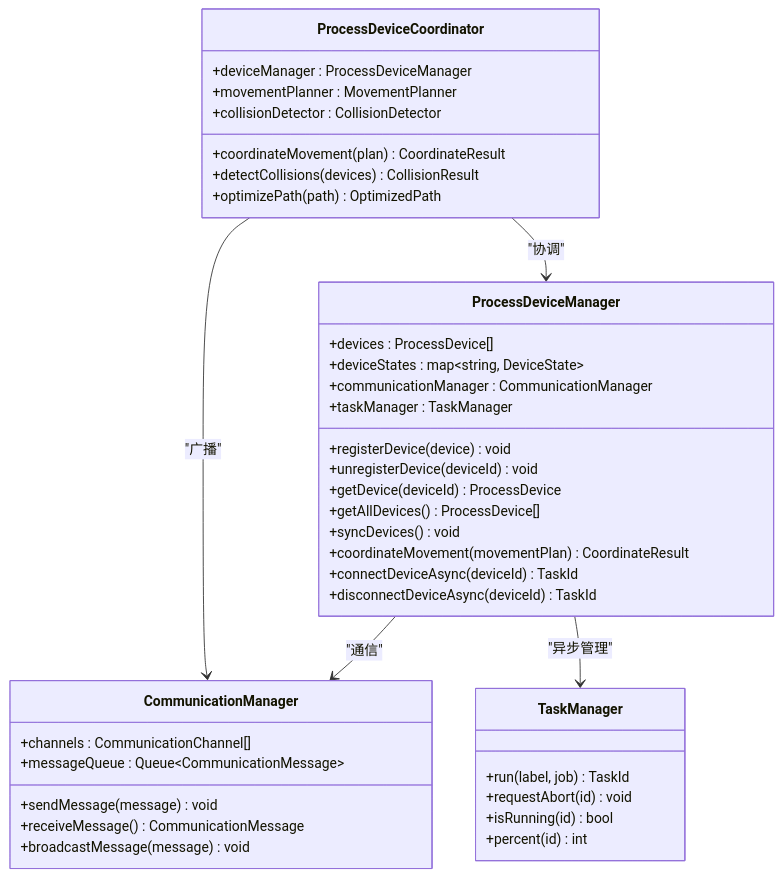
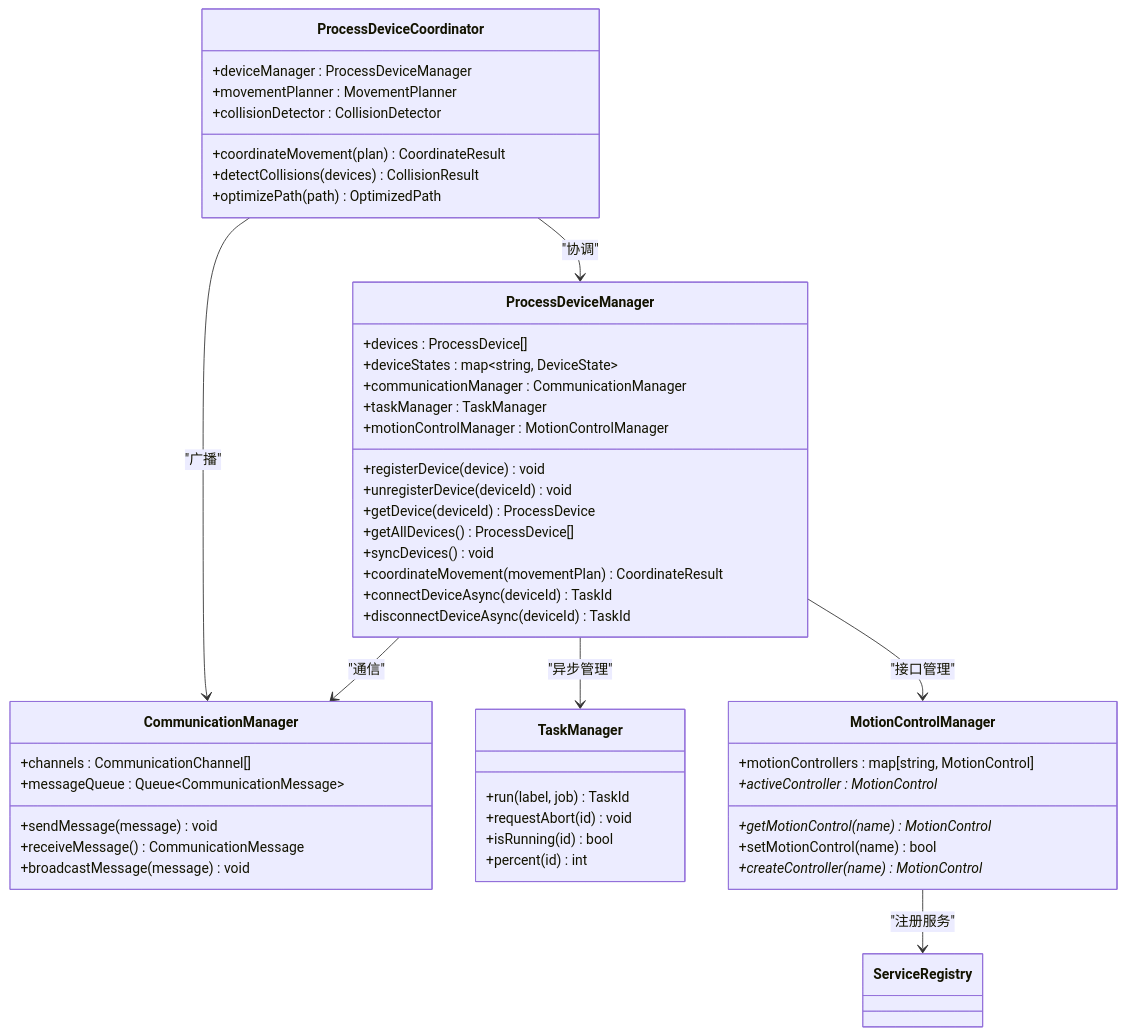
One commit to super1wang/LaserCNCv1.0 changed the eighth of 26 diagrams in .qoder/repowiki/zh/content/项目概述/模块设计/Process模块设计/Process模块服务管理架构改进.md. Above: the diagram before and after it, drawn with Mermaid. The commit also changed other lines of this file and 25 other files, not shown here.

````diff
--- a/.qoder/repowiki/zh/content/项目概述/模块设计/Process模块设计/Process模块服务管理架构改进.md
+++ b/.qoder/repowiki/zh/content/项目概述/模块设计/Process模块设计/Process模块服务管理架构改进.md
@@ -503,42 +570,52 @@
 ```mermaid
 classDiagram
 class ProcessDeviceManager {
 +devices : ProcessDevice[]
 +deviceStates : map~string, DeviceState~
 +communicationManager : CommunicationManager
 +taskManager : TaskManager
++motionControlManager : MotionControlManager
 +registerDevice(device) void
 +unregisterDevice(deviceId) void
 +getDevice(deviceId) ProcessDevice
 +getAllDevices() ProcessDevice[]
 +syncDevices() void
 +coordinateMovement(movementPlan) CoordinateResult
 +connectDeviceAsync(deviceId) TaskId
 +disconnectDeviceAsync(deviceId) TaskId
 }
 class ProcessDeviceCoordinator {
 +deviceManager : ProcessDeviceManager
 +movementPlanner : MovementPlanner
 +collisionDetector : CollisionDetector
 +coordinateMovement(plan) CoordinateResult
 +detectCollisions(devices) CollisionResult
 +optimizePath(path) OptimizedPath
 }
 class CommunicationManager {
 +channels : CommunicationChannel[]
 +messageQueue : Queue~CommunicationMessage~
 +sendMessage(message) void
 +receiveMessage() CommunicationMessage
 +broadcastMessage(message) void
 }
 class TaskManager {
 +run(label, job) TaskId
 +requestAbort(id) void
 +isRunning(id) bool
 +percent(id) int
 }
+class MotionControlManager {
++motionControllers : map[string, MotionControl]
++activeController : MotionControl*
++getMotionControl(name) MotionControl*
++setMotionControl(name) bool
++createController(name) MotionControl*
+}
 ProcessDeviceManager --> CommunicationManager : "通信"
 ProcessDeviceManager --> TaskManager : "异步管理"
+ProcessDeviceManager --> MotionControlManager : "接口管理"
 ProcessDeviceCoordinator --> ProcessDeviceManager : "协调"
 ProcessDeviceCoordinator --> CommunicationManager : "广播"
+MotionControlManager --> ServiceRegistry : "注册服务"
 ```
````
